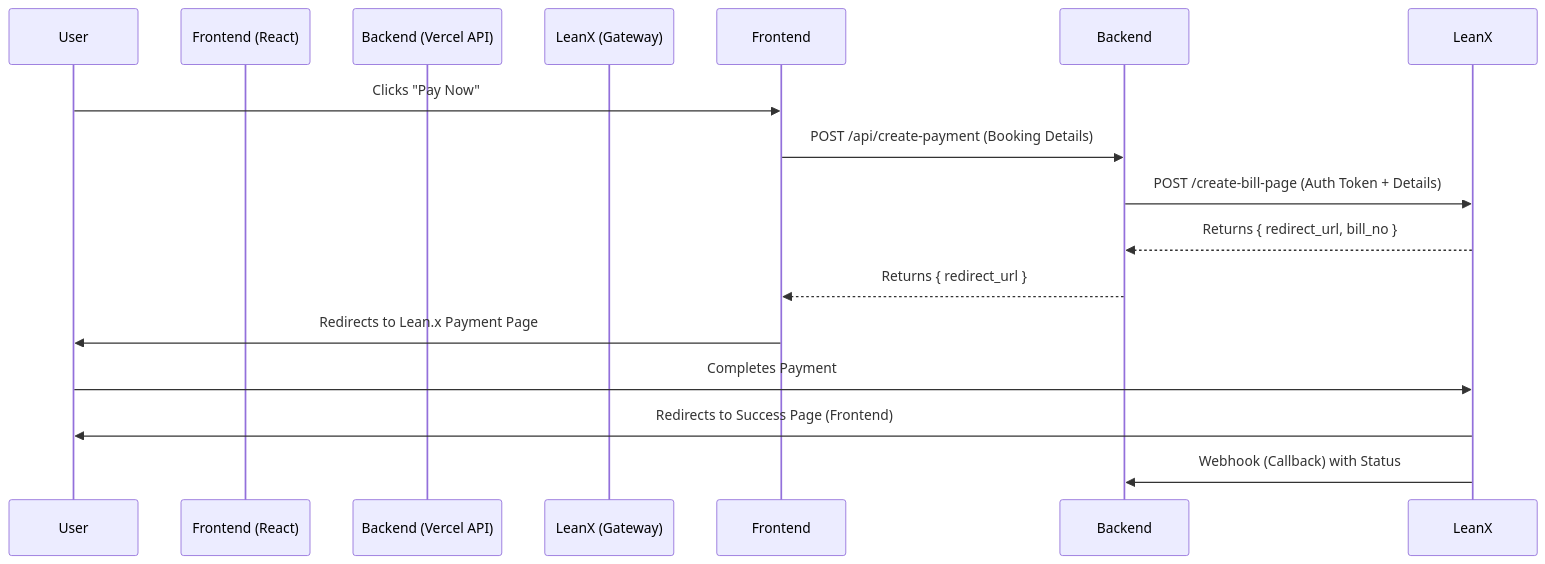
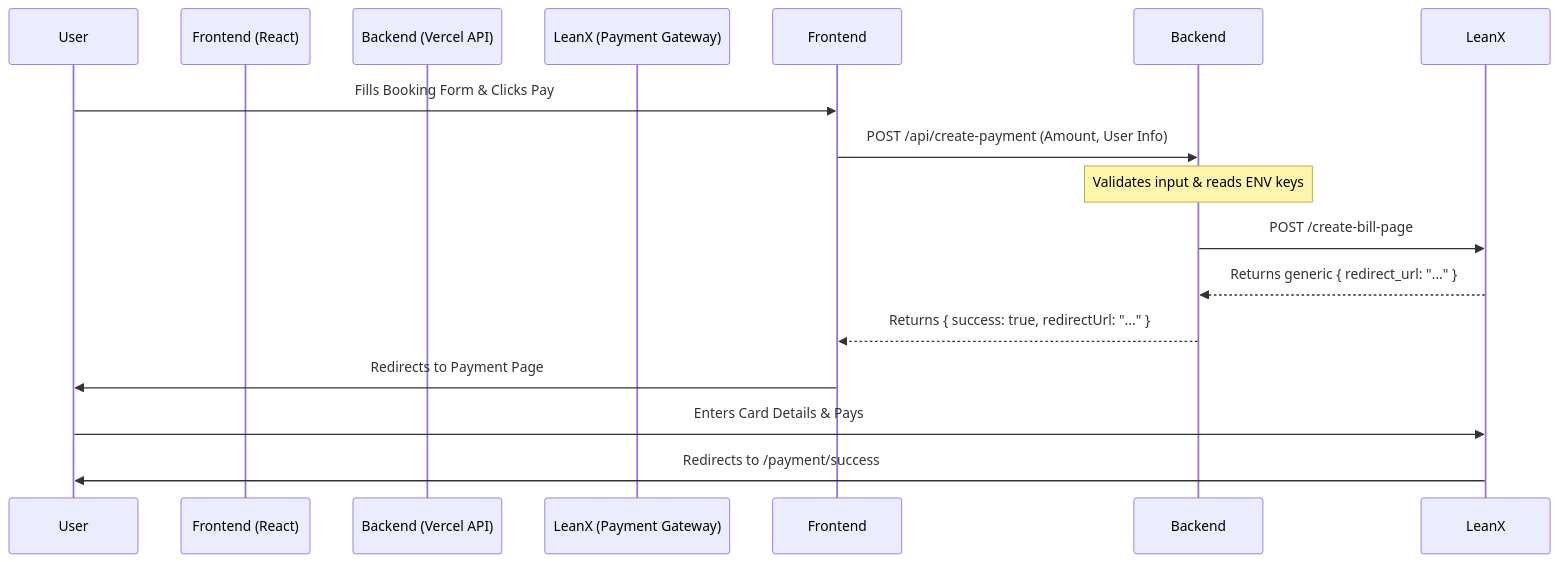
One commit to Naim3097/BOOX changed the diagram in LEANX_INTEGRATION.md. Above: the diagram before and after it, drawn with Mermaid. The commit also changed other lines of this file and 3 other files, not shown here.

Commit message:
fix: update payment amount to RM 1.00 to resolve inactive gateway error

````diff
--- a/LEANX_INTEGRATION.md
+++ b/LEANX_INTEGRATION.md
@@ -9,17 +54,17 @@
 ```mermaid
 sequenceDiagram
     participant User
     participant Frontend (React)
     participant Backend (Vercel API)
-    participant LeanX (Gateway)
+    participant LeanX (Payment Gateway)
 
-    User->>Frontend: Clicks "Pay Now"
-    Frontend->>Backend: POST /api/create-payment (Booking Details)
-    Backend->>LeanX: POST /create-bill-page (Auth Token + Details)
-    LeanX-->>Backend: Returns { redirect_url, bill_no }
-    Backend-->>Frontend: Returns { redirect_url }
-    Frontend->>User: Redirects to Lean.x Payment Page
-    User->>LeanX: Completes Payment
-    LeanX->>User: Redirects to Success Page (Frontend)
-    LeanX->>Backend: Webhook (Callback) with Status
+    User->>Frontend: Fills Booking Form & Clicks Pay
+    Frontend->>Backend: POST /api/create-payment (Amount, User Info)
+    Note over Backend: Validates input & reads ENV keys
+    Backend->>LeanX: POST /create-bill-page
+    LeanX-->>Backend: Returns generic { redirect_url: "..." }
+    Backend-->>Frontend: Returns { success: true, redirectUrl: "..." }
+    Frontend->>User: Redirects to Payment Page
+    User->>LeanX: Enters Card Details & Pays
+    LeanX->>User: Redirects to /payment/success
 ```
````
